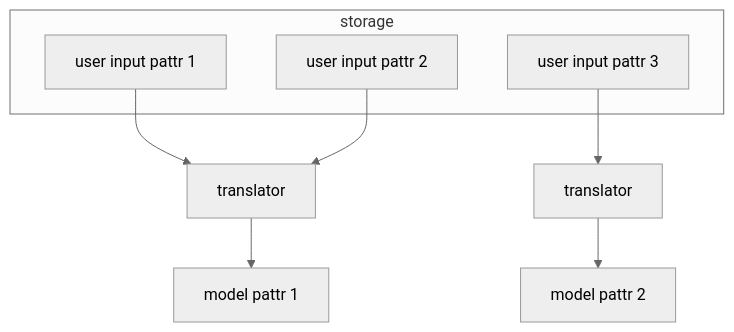
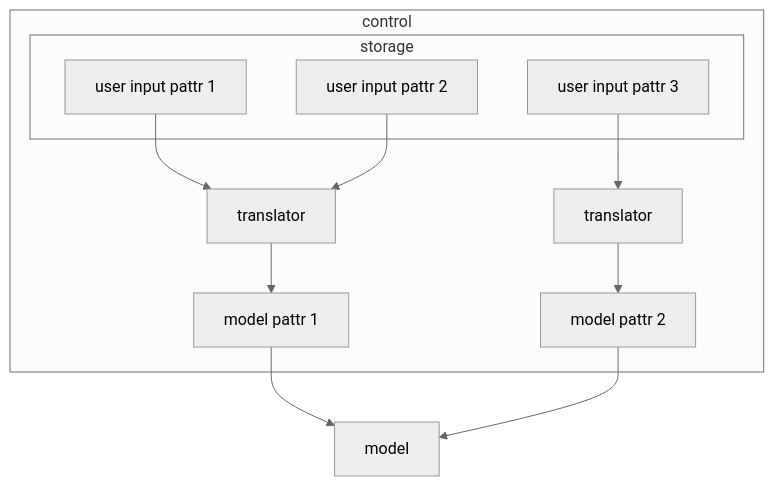
The third of 5 diagrams in content/3_API/6_architecture/2_asynchronous_data_mvcvc/_index.md (repmus-docs/DjazzDocs), drawn with Mermaid (neutral theme) before and after one commit. The commit also changed 1 other file, not shown here.

Commit message:
corrected mermaid diagrams

```diff
--- a/content/3_API/6_architecture/2_asynchronous_data_mvcvc/_index.md
+++ b/content/3_API/6_architecture/2_asynchronous_data_mvcvc/_index.md
@@ -82,22 +82,26 @@
 {{<mermaid align="left">}}
 flowchart TB;
 
-subgraph storage[storage];
-    p1["user input pattr 1"];
-    p2["user input pattr 2"];
-    p3["user input pattr 3"];
+subgraph control[control]
+    subgraph storage[storage];
+        p1["user input pattr 1"];
+        p2["user input pattr 2"];
+        p3["user input pattr 3"];
+    end
+
+    T1["translator"]
+    T2["translator"]
+
+    q1["model pattr 1"]
+    q2["model pattr 2"]
 end
 
-T1["translator"]
-T2["translator"]
-
-q1["model pattr 1"]
-q2["model pattr 2"]
+M["model"]
 
 p1 --> T1
 p2 --> T1
 p3 --> T2
-T1 --> q1
-T2 --> q2
+T1 --> q1 --> M
+T2 --> q2 --> M
 
 {{< /mermaid >}}
```
